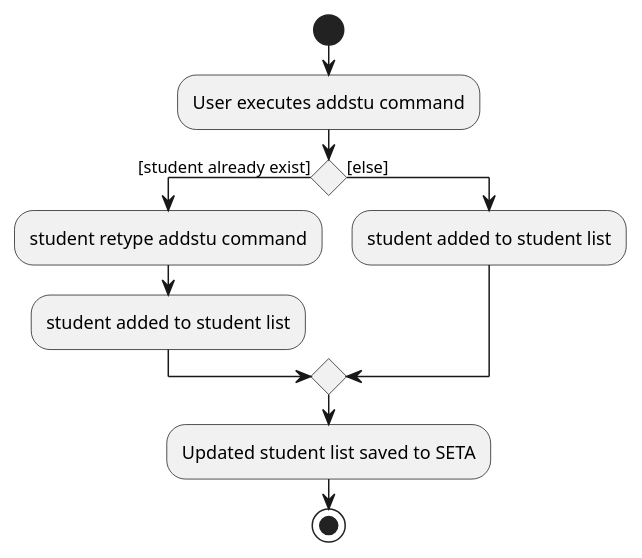
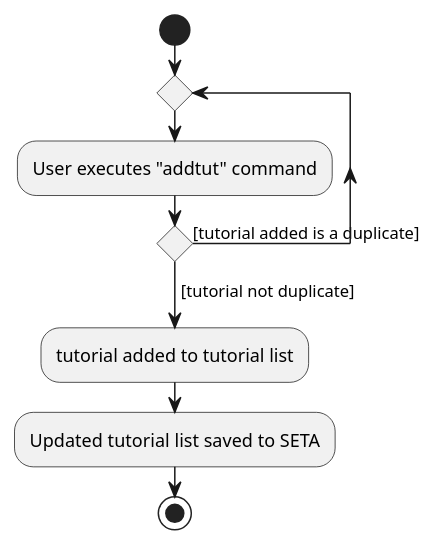
The diagram in docs/diagrams/AddStuActivityDiagram.puml (nus-cs2103-AY2223S1/tp), drawn with PlantUML before and after one commit. The commit also changed 3 other files, not shown here.

Commit message:
Add activity diagram and sequence diagram

```diff
--- a/docs/diagrams/AddStuActivityDiagram.puml
+++ b/docs/diagrams/AddStuActivityDiagram.puml
@@ -1,17 +1,14 @@
 @startuml
-'https://plantuml.com/activity-diagram-beta
+start
 
-start
-:User executes addstu command;
-if () then ([student already exist])
-  :student retype addstu command;
-  :student added to student list;
-else ([else])
-    :student added to student list;
-endif
+repeat
+:User executes "addtut" command;
+repeat while () is ([tutorial added is a duplicate])
+-> [tutorial not duplicate];
 
-:Updated student list saved to SETA;
+:tutorial added to tutorial list;
+
+:Updated tutorial list saved to SETA;
 
 stop
-
 @enduml
```
